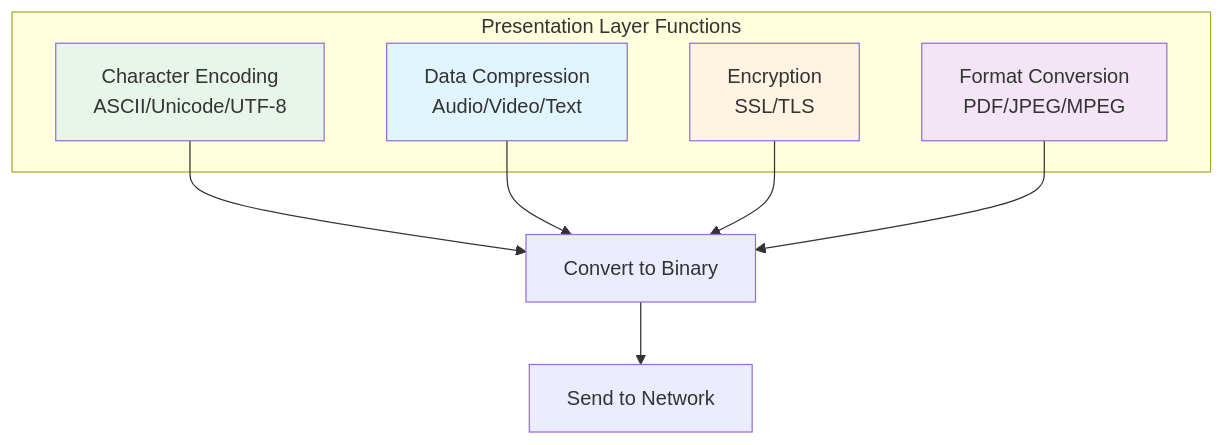
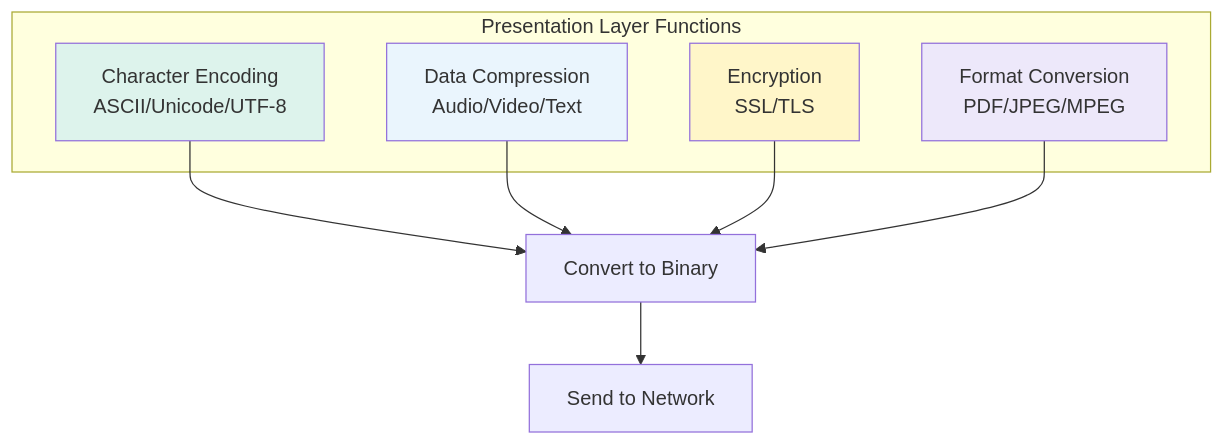
Before and after one commit to cartmancodes/InterviewVault: diagram 14 of 31 in LLD/CoreConcepts/Networking.md, drawn with Mermaid. The commit also changed other lines of this file and 679 other files, not shown here.

Commit message:
Unify content diagrams and add accessible visual walkthroughs

````diff
--- a/LLD/CoreConcepts/Networking.md
+++ b/LLD/CoreConcepts/Networking.md
@@ -515,21 +515,21 @@
 ```mermaid
 graph TB
     subgraph "Presentation Layer Functions"
         ENC[Character Encoding<br/>ASCII/Unicode/UTF-8]
         COMP[Data Compression<br/>Audio/Video/Text]
         ENCRYPT[Encryption<br/>SSL/TLS]
         FORMAT[Format Conversion<br/>PDF/JPEG/MPEG]
     end
     
     ENC --> BINARY[Convert to Binary]
     COMP --> BINARY
     ENCRYPT --> BINARY
     FORMAT --> BINARY
     
     BINARY --> NETWORK[Send to Network]
     
-    style ENC fill:#e8f5e9
-    style COMP fill:#e1f5ff
-    style ENCRYPT fill:#fff4e1
-    style FORMAT fill:#f3e5f5
+    style ENC fill:#DDF3EC
+    style COMP fill:#EAF5FD
+    style ENCRYPT fill:#FFF6C9
+    style FORMAT fill:#EDE8FA
 ```
````
